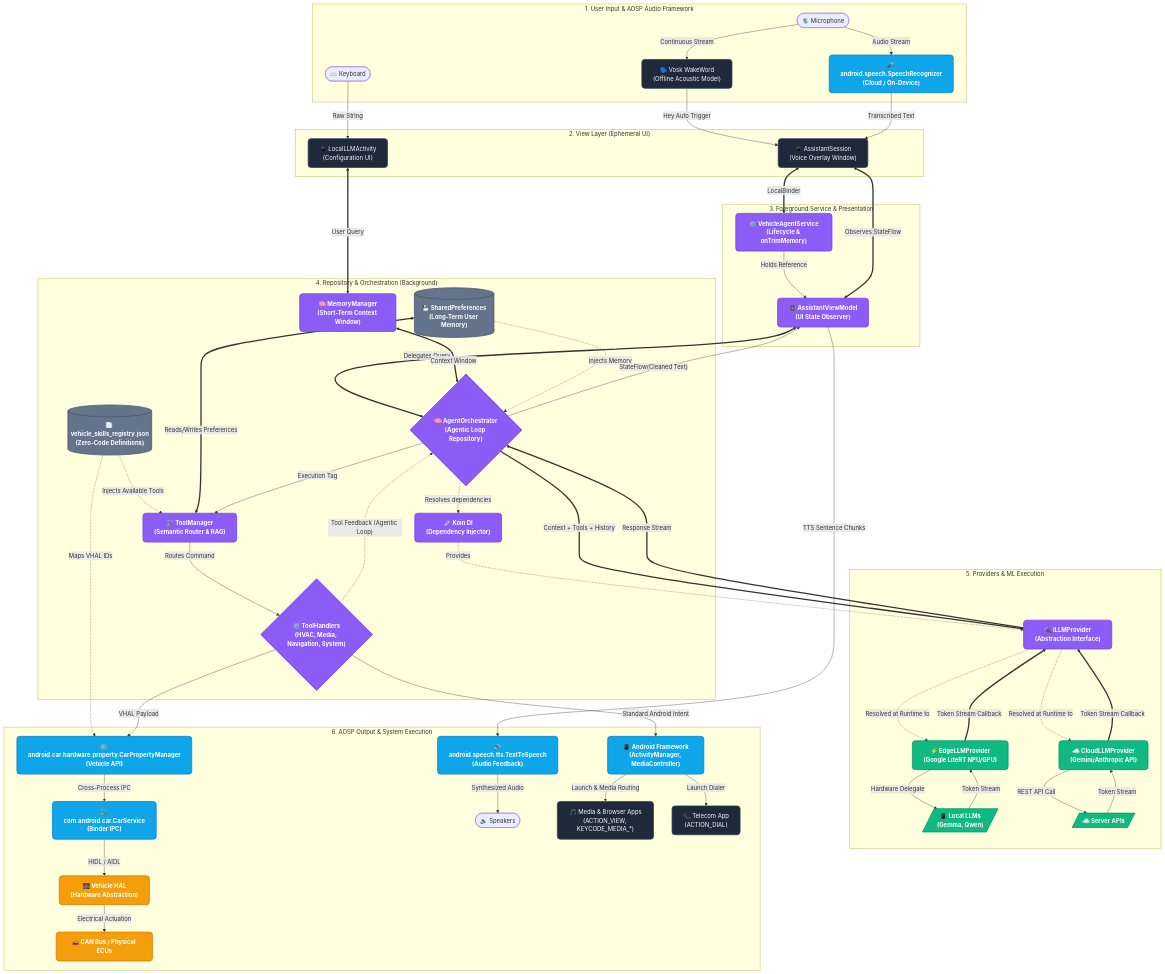
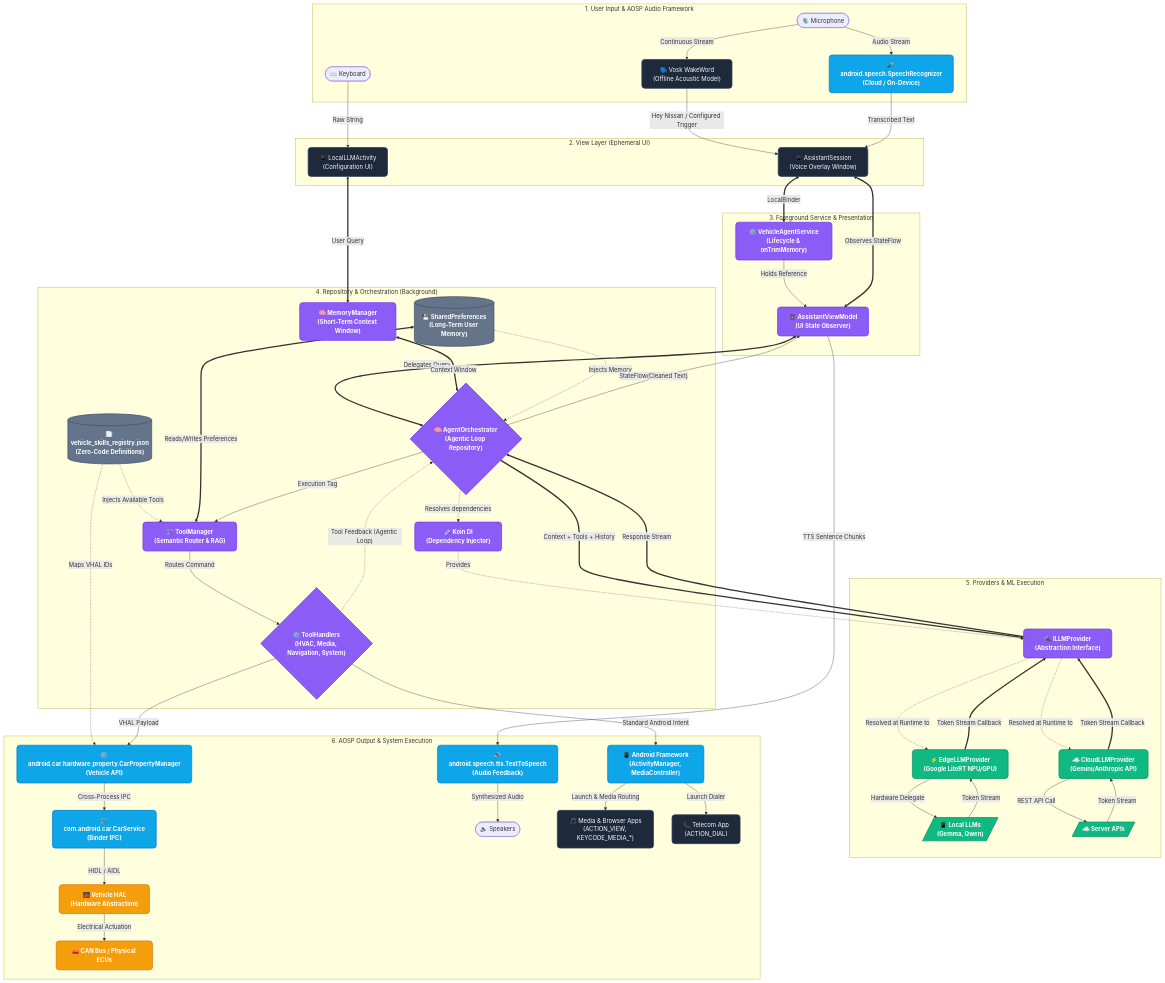
The second of 3 diagrams in ARCHITECTURE.md (hemangpandhi/ai-assistant), drawn with Mermaid before and after one commit.

Commit message:
docs: update Mermaid flowchart trigger label from Hey Auto to Hey Nissan / Configured Trigger in ARCHITECTURE.md

```diff
--- a/ARCHITECTURE.md
+++ b/ARCHITECTURE.md
@@ -172,7 +172,7 @@
     %% Flow Mapping
     MIC -->|Audio Stream| STT
     MIC -->|Continuous Stream| VOSK
-    VOSK -->|"Hey Auto" Trigger| SESSION
+    VOSK -->|"Hey Nissan" / Configured Trigger| SESSION
     STT -->|Transcribed Text| SESSION
     TXT -->|Raw String| ACT
     
```
